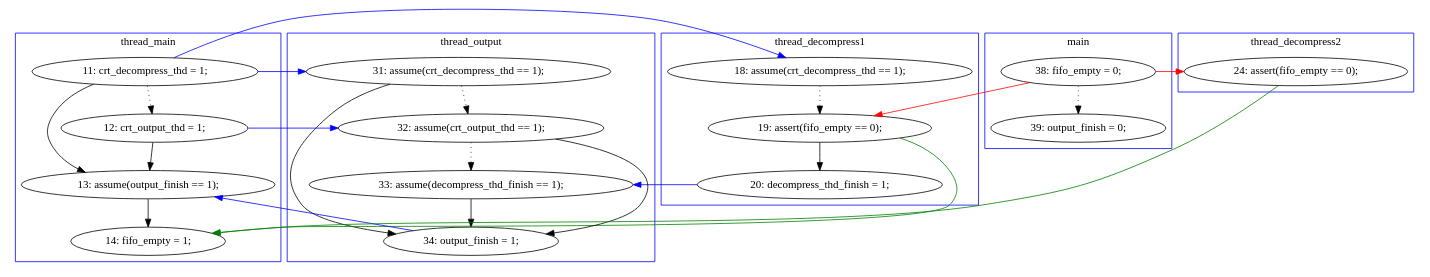
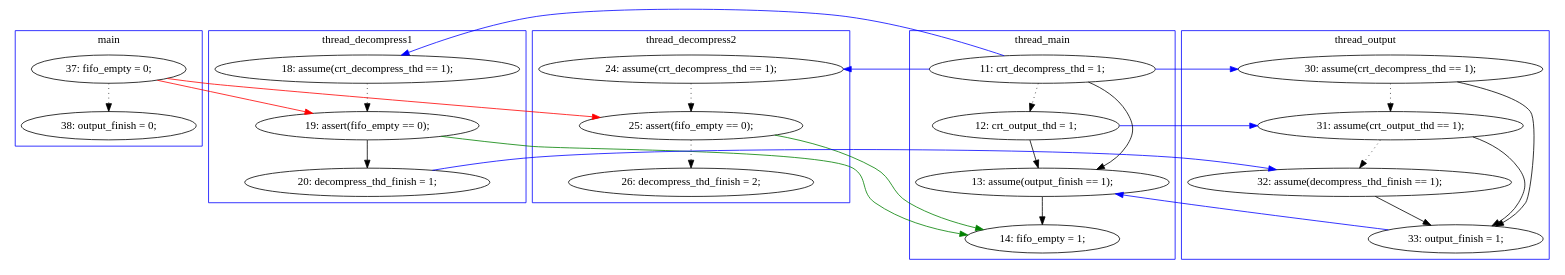
Before and after one commit to hylhp/cav14-model: the diagram in pbzip2.mixed/A-1-proofObject.dot, drawn with Graphviz. The commit also changed 23 other files, not shown here.

```diff
--- a/pbzip2.mixed/A-1-proofObject.dot
+++ b/pbzip2.mixed/A-1-proofObject.dot
@@ -1,57 +1,62 @@
 digraph ProofObject {
-	10 -> 17 [color = Blue, constraint = false]
+	2 -> 22 [color = Red, constraint = false]
 	15 -> 20 [color = Blue, constraint = false]
 	2 -> 12 [color = Red, constraint = false]
-	20 -> 21 [color = Black]
-	21 -> 22 [color = Blue, constraint = false]
-	12 -> 15 [color = Black]
-	10 -> 22 [color = Black]
-	17 -> 19 [style = dotted, color = black]
-	17 -> 21 [color = Black]
-	26 -> 28 [color = Green, constraint = false]
-	10 -> 16 [style = dotted, color = black]
-	10 -> 11 [color = Blue, constraint = false]
+	15 -> 31 [color = Black]
+	12 -> 32 [color = Green, constraint = false]
+	20 -> 24 [style = dotted, color = black]
+	20 -> 26 [color = Black]
+	24 -> 26 [color = Black]
+	7 -> 13 [color = Blue, constraint = false]
 	11 -> 12 [style = dotted, color = black]
-	12 -> 28 [color = Green, constraint = false]
+	22 -> 32 [color = Green, constraint = false]
+	31 -> 32 [color = Black]
 	2 -> 3 [style = dotted, color = black]
-	22 -> 28 [color = Black]
-	19 -> 21 [color = Black]
-	16 -> 19 [color = Blue, constraint = false]
+	7 -> 15 [style = dotted, color = black]
+	7 -> 31 [color = Black]
+	19 -> 26 [color = Black]
+	23 -> 24 [color = Blue, constraint = false]
+	7 -> 11 [color = Blue, constraint = false]
 	19 -> 20 [style = dotted, color = black]
-	2 -> 26 [color = Red, constraint = false]
-	16 -> 22 [color = Black]
-	subgraph cluster0 {
-		label = main
+	13 -> 22 [style = dotted, color = black]
+	7 -> 19 [color = Blue, constraint = false]
+	22 -> 23 [color = Black]
+	12 -> 14 [style = dotted, color = black]
+	26 -> 31 [color = Blue, constraint = false]
+	subgraph cluster4 {
+		label = thread_output
 		color = blue
-		3  [label = "39: output_finish = 0;"]
-		2  [label = "38: fifo_empty = 0;"]
+		24  [label = "32: assume(decompress_thd_finish == 1);"]
+		20  [label = "31: assume(crt_output_thd == 1);"]
+		26  [label = "33: output_finish = 1;"]
+		19  [label = "30: assume(crt_decompress_thd == 1);"]
+	}
+	subgraph cluster1 {
+		label = thread_main
+		color = blue
+		32  [label = "14: fifo_empty = 1;"]
+		31  [label = "13: assume(output_finish == 1);"]
+		7  [label = "11: crt_decompress_thd = 1;"]
+		15  [label = "12: crt_output_thd = 1;"]
 	}
 	subgraph cluster3 {
 		label = thread_decompress2
 		color = blue
-		26  [label = "24: assert(fifo_empty == 0);"]
+		12  [label = "25: assert(fifo_empty == 0);"]
+		14  [label = "26: decompress_thd_finish = 2;"]
+		11  [label = "24: assume(crt_decompress_thd == 1);"]
+	}
+	subgraph cluster0 {
+		label = main
+		color = blue
+		2  [label = "37: fifo_empty = 0;"]
+		3  [label = "38: output_finish = 0;"]
 	}
 	subgraph cluster2 {
 		label = thread_decompress1
 		color = blue
-		12  [label = "19: assert(fifo_empty == 0);"]
-		11  [label = "18: assume(crt_decompress_thd == 1);"]
-		15  [label = "20: decompress_thd_finish = 1;"]
-	}
-	subgraph cluster1 {
-		label = thread_main
-		color = blue
-		22  [label = "13: assume(output_finish == 1);"]
-		16  [label = "12: crt_output_thd = 1;"]
-		10  [label = "11: crt_decompress_thd = 1;"]
-		28  [label = "14: fifo_empty = 1;"]
-	}
-	subgraph cluster4 {
-		label = thread_output
-		color = blue
-		17  [label = "31: assume(crt_decompress_thd == 1);"]
-		19  [label = "32: assume(crt_output_thd == 1);"]
-		20  [label = "33: assume(decompress_thd_finish == 1);"]
-		21  [label = "34: output_finish = 1;"]
+		13  [label = "18: assume(crt_decompress_thd == 1);"]
+		23  [label = "20: decompress_thd_finish = 1;"]
+		22  [label = "19: assert(fifo_empty == 0);"]
 	}
 }
```
